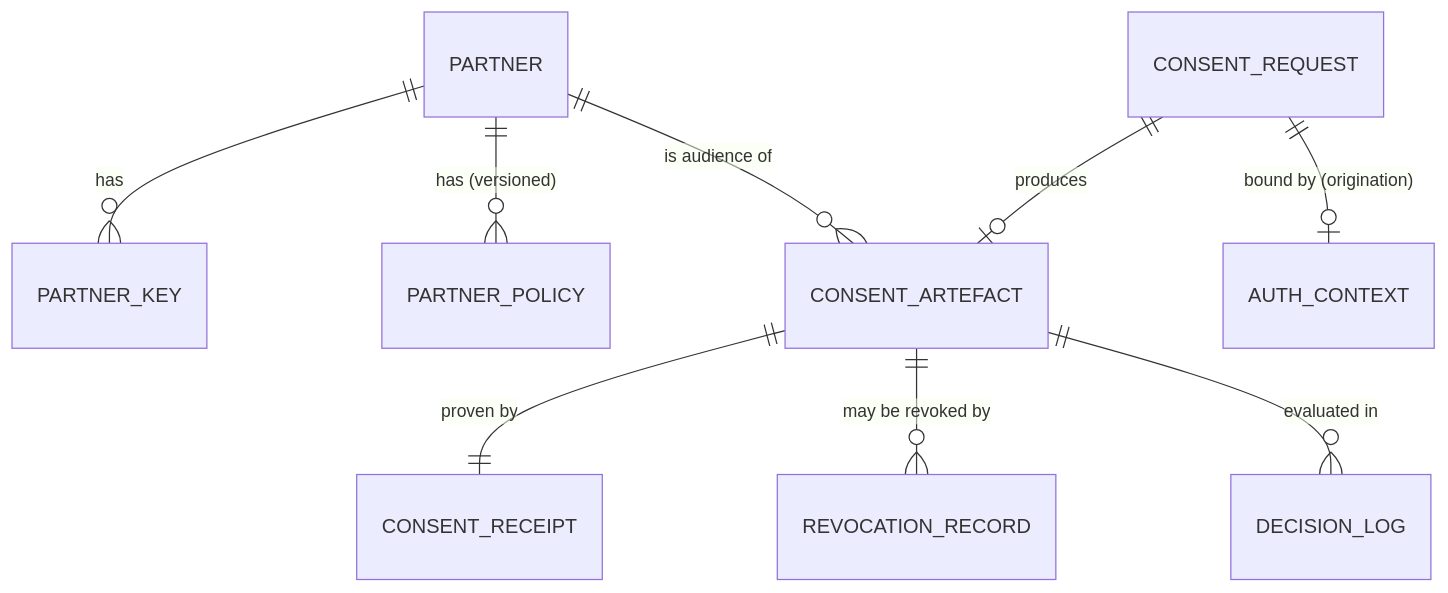
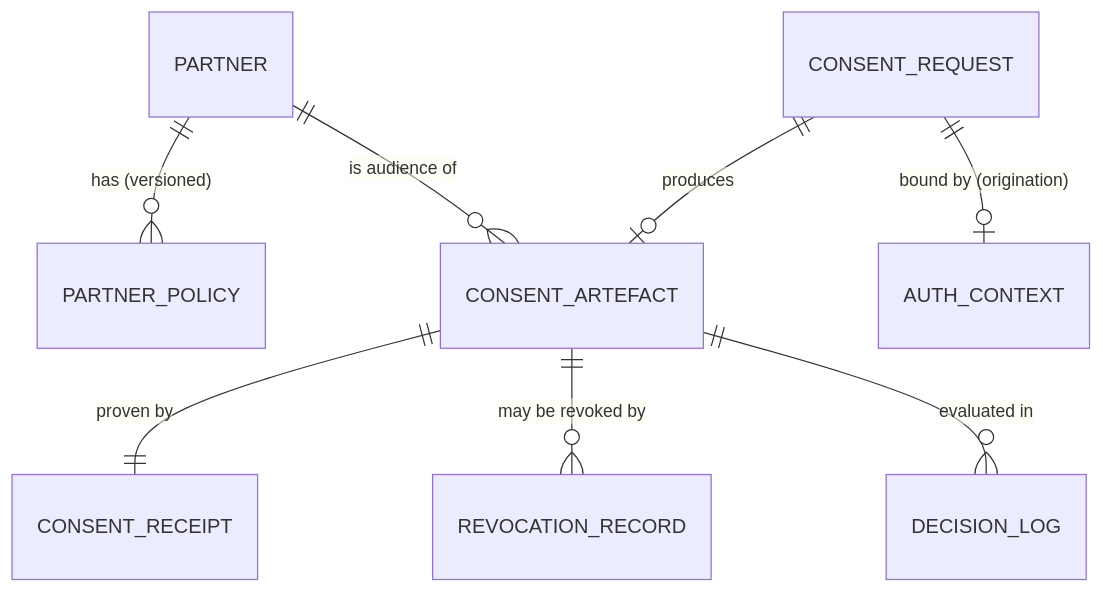
Before and after one commit to OpenG2P/openg2p-documentation: the diagram in consent-management/design/data-model.md, drawn with Mermaid. The commit also changed other lines of this file and 14 other files, not shown here.

````diff
--- a/consent-management/design/data-model.md
+++ b/consent-management/design/data-model.md
@@ -21,11 +21,10 @@
 ```mermaid
 erDiagram
-  PARTNER ||--o{ PARTNER_KEY : has
   PARTNER ||--o{ PARTNER_POLICY : "has (versioned)"
   PARTNER ||--o{ CONSENT_ARTEFACT : "is audience of"
   CONSENT_REQUEST ||--o| AUTH_CONTEXT : "bound by (origination)"
   CONSENT_REQUEST ||--o| CONSENT_ARTEFACT : produces
   CONSENT_ARTEFACT ||--|| CONSENT_RECEIPT : "proven by"
   CONSENT_ARTEFACT ||--o{ REVOCATION_RECORD : "may be revoked by"
   CONSENT_ARTEFACT ||--o{ DECISION_LOG : "evaluated in"
 ```
````
